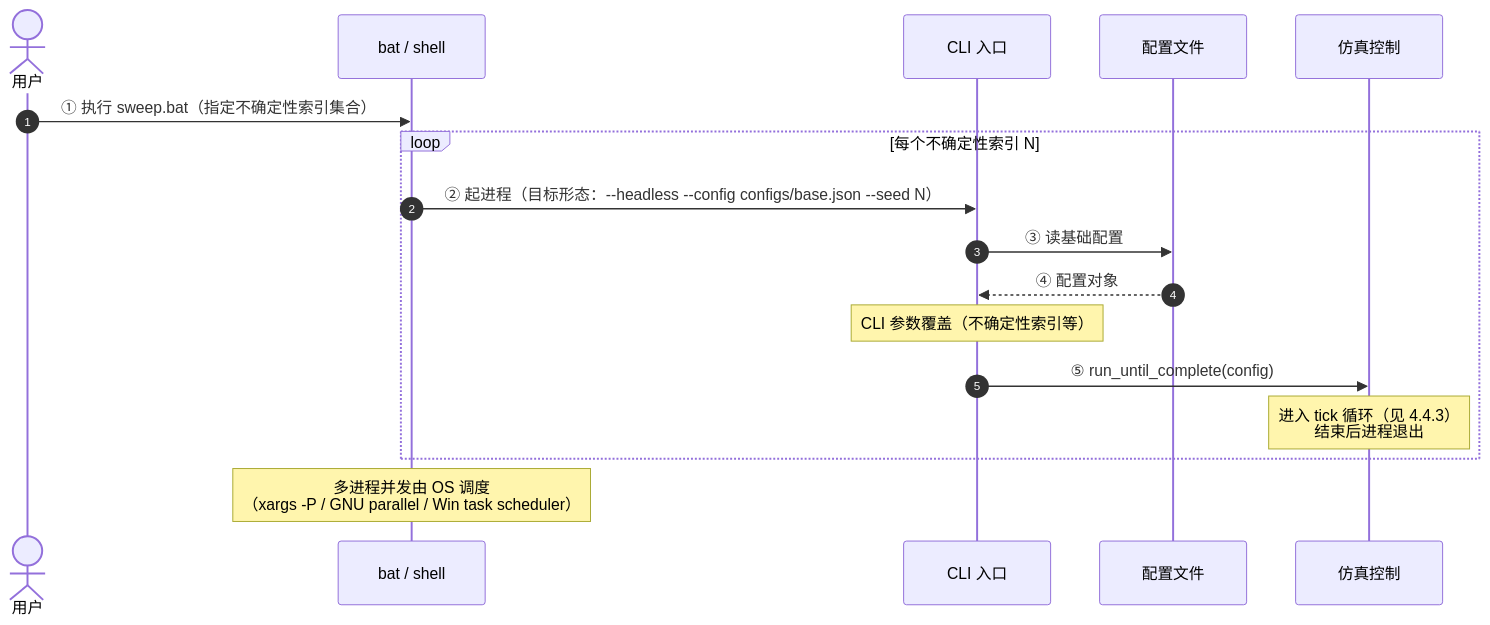
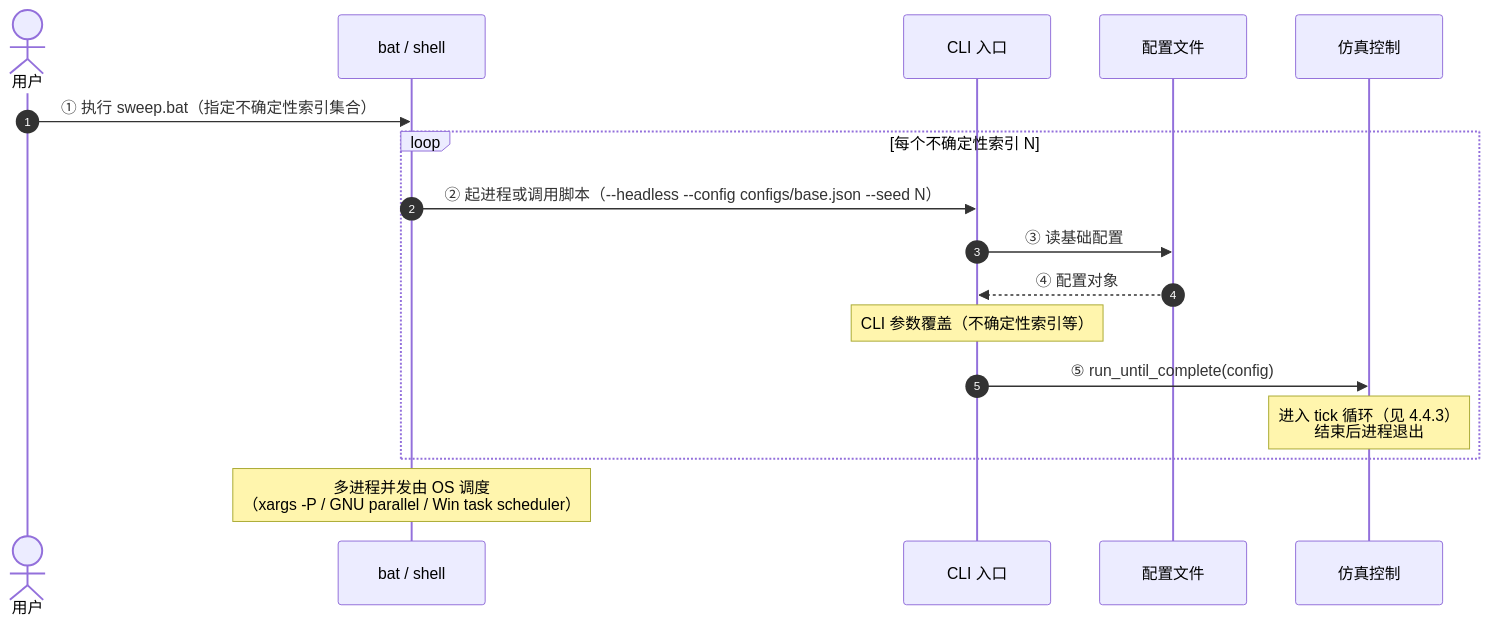
One commit to tanqingkuang/- changed the second of 3 diagrams in docs/0-架构HLD.md. Above: the diagram before and after it, drawn with Mermaid. The commit also changed other lines of this file and 13 other files, not shown here.

````diff
--- a/docs/0-架构HLD.md
+++ b/docs/0-架构HLD.md
@@ -242,22 +243,22 @@
 ```mermaid
 sequenceDiagram
     autonumber
     actor User as 用户
     participant Bat as bat / shell
     participant CLI as CLI 入口
     participant Cfg as 配置文件
     participant SimCtrl as 仿真控制
 
     User->>Bat: ① 执行 sweep.bat（指定不确定性索引集合）
 
     loop 每个不确定性索引 N
-        Bat->>CLI: ② 起进程（目标形态：--headless --config configs/base.json --seed N）
+        Bat->>CLI: ② 起进程或调用脚本（--headless --config configs/base.json --seed N）
         CLI->>Cfg: ③ 读基础配置
         Cfg-->>CLI: ④ 配置对象
         Note over CLI: CLI 参数覆盖（不确定性索引等）
         CLI->>SimCtrl: ⑤ run_until_complete(config)
         Note over SimCtrl: 进入 tick 循环（见 4.4.3）<br/>结束后进程退出
     end
 
     Note over Bat: 多进程并发由 OS 调度<br/>（xargs -P / GNU parallel / Win task scheduler）
 ```
````
